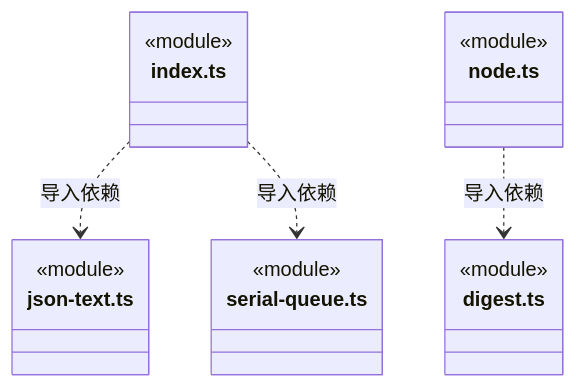
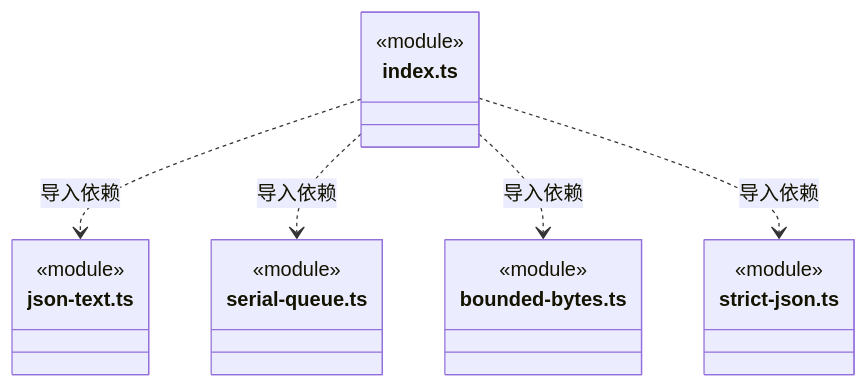
One commit to nan023062/cbim changed the tenth of 11 diagrams in src/foundations/utility/ARCHITECTURE.md. Above: the diagram before and after it, drawn with Mermaid. The commit also changed other lines of this file and 44 other files, not shown here.

Commit message:
refactor: extract bounded byte reads and strict JSON into utility

````diff
--- a/src/foundations/utility/ARCHITECTURE.md
+++ b/src/foundations/utility/ARCHITECTURE.md
@@ -81,21 +136,22 @@
 ```mermaid
 classDiagram
 class N_src_foundations_utility_index_ts["index.ts"] {
   <<module>>
 }
 class N_src_foundations_utility_json_text_ts["json-text.ts"] {
   <<module>>
 }
 class N_src_foundations_utility_serial_queue_ts["serial-queue.ts"] {
   <<module>>
 }
-class N_src_foundations_utility_node_ts["node.ts"] {
+class N_src_foundations_utility_bounded_bytes_ts["bounded-bytes.ts"] {
   <<module>>
 }
-class N_src_foundations_utility_digest_ts["digest.ts"] {
+class N_src_foundations_utility_strict_json_ts["strict-json.ts"] {
   <<module>>
 }
 N_src_foundations_utility_index_ts ..> N_src_foundations_utility_json_text_ts : 导入依赖
 N_src_foundations_utility_index_ts ..> N_src_foundations_utility_serial_queue_ts : 导入依赖
-N_src_foundations_utility_node_ts ..> N_src_foundations_utility_digest_ts : 导入依赖
+N_src_foundations_utility_index_ts ..> N_src_foundations_utility_bounded_bytes_ts : 导入依赖
+N_src_foundations_utility_index_ts ..> N_src_foundations_utility_strict_json_ts : 导入依赖
 ```
````
